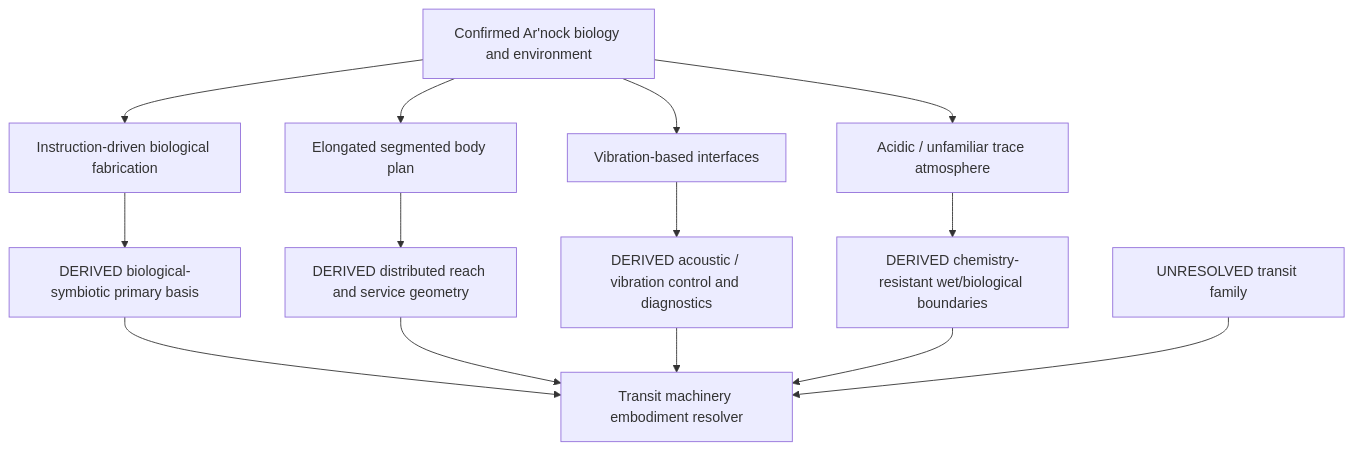
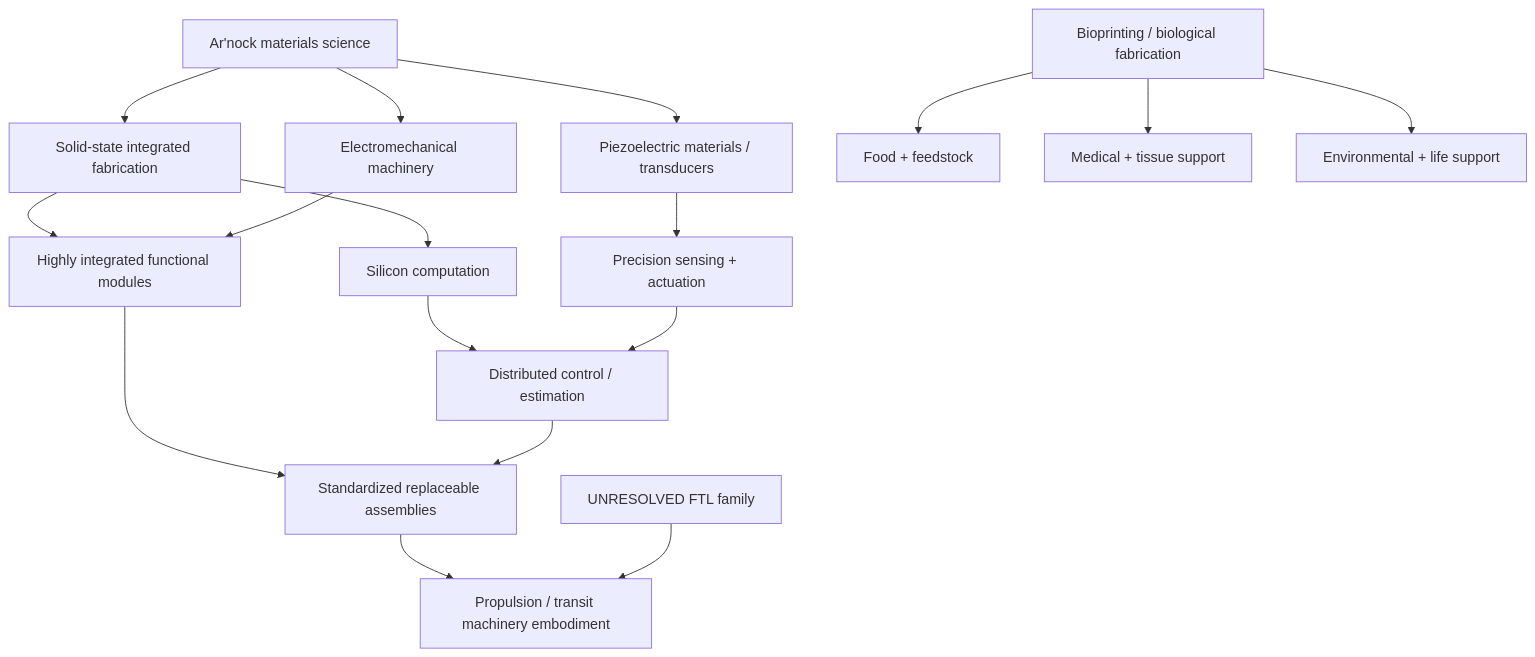
The first of 2 diagrams in docs/blacklight/ARNOCK_PROPULSION_TRANSIT_ENGINEERING_PROFILE.md (mrcalzon02/HB-TTRPG-tools), drawn with Mermaid before and after one commit. The commit also changed other lines of this file, not shown here.

Commit message:
Rewrite Ar'nock propulsion profile around solid-state modular engineering

````diff
--- a/docs/blacklight/ARNOCK_PROPULSION_TRANSIT_ENGINEERING_PROFILE.md
+++ b/docs/blacklight/ARNOCK_PROPULSION_TRANSIT_ENGINEERING_PROFILE.md
@@ -47,16 +55,19 @@
 ```mermaid
 flowchart TD
-    A[Confirmed Ar'nock biology and environment] --> B[Instruction-driven biological fabrication]
-    A --> C[Elongated segmented body plan]
-    A --> D[Vibration-based interfaces]
-    A --> E[Acidic / unfamiliar trace atmosphere]
-    B --> F[DERIVED biological-symbiotic primary basis]
-    C --> G[DERIVED distributed reach and service geometry]
-    D --> H[DERIVED acoustic / vibration control and diagnostics]
-    E --> I[DERIVED chemistry-resistant wet/biological boundaries]
-    F --> J[Transit machinery embodiment resolver]
-    G --> J
-    H --> J
-    I --> J
-    K[UNRESOLVED transit family] --> J
+    A[Ar'nock materials science] --> B[Solid-state integrated fabrication]
+    A --> C[Electromechanical machinery]
+    A --> D[Piezoelectric materials / transducers]
+    B --> E[Silicon computation]
+    B --> F[Highly integrated functional modules]
+    C --> F
+    D --> G[Precision sensing + actuation]
+    E --> H[Distributed control / estimation]
+    F --> I[Standardized replaceable assemblies]
+    G --> H
+    H --> I
+    J[Bioprinting / biological fabrication] --> K[Food + feedstock]
+    J --> L[Medical + tissue support]
+    J --> M[Environmental + life support]
+    I --> N[Propulsion / transit machinery embodiment]
+    O[UNRESOLVED FTL family] --> N
 ```
````
